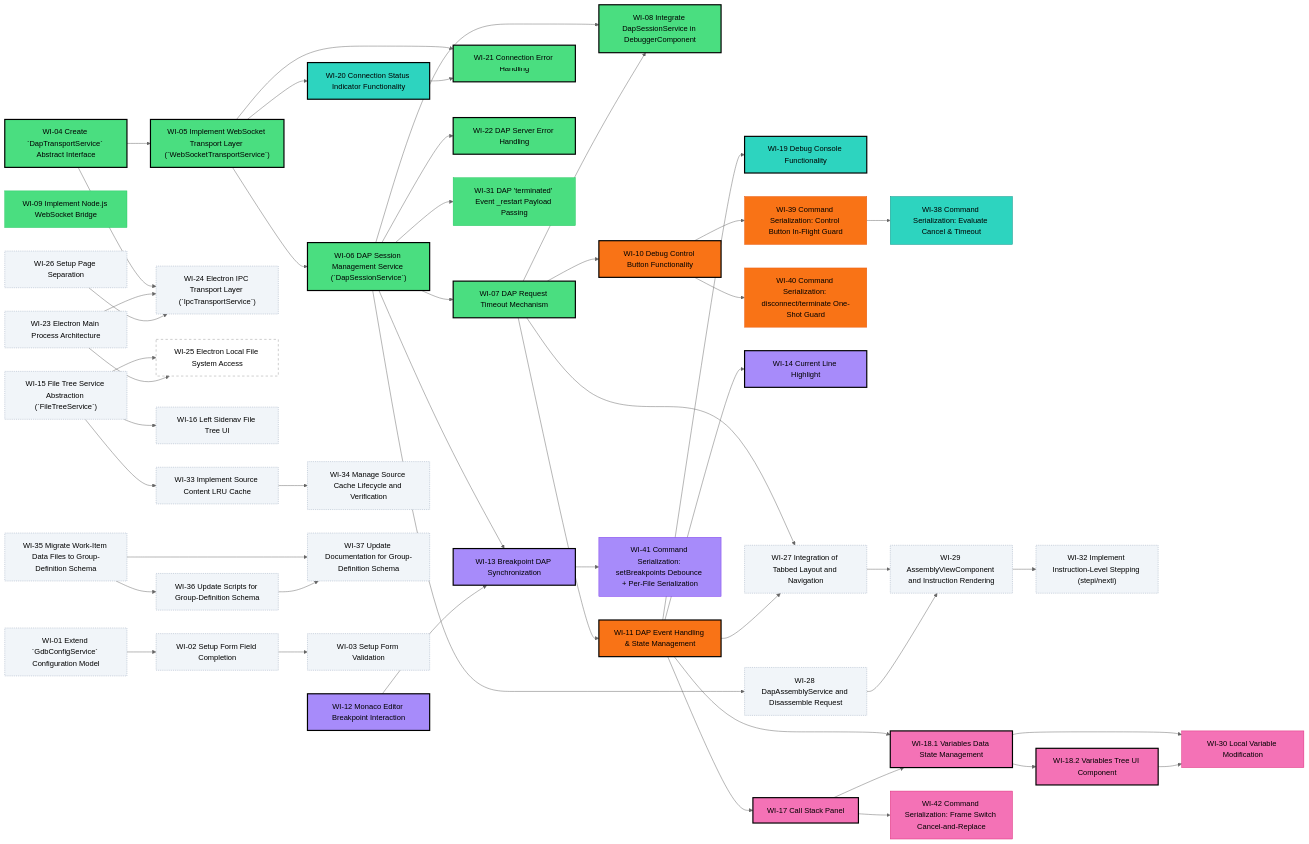
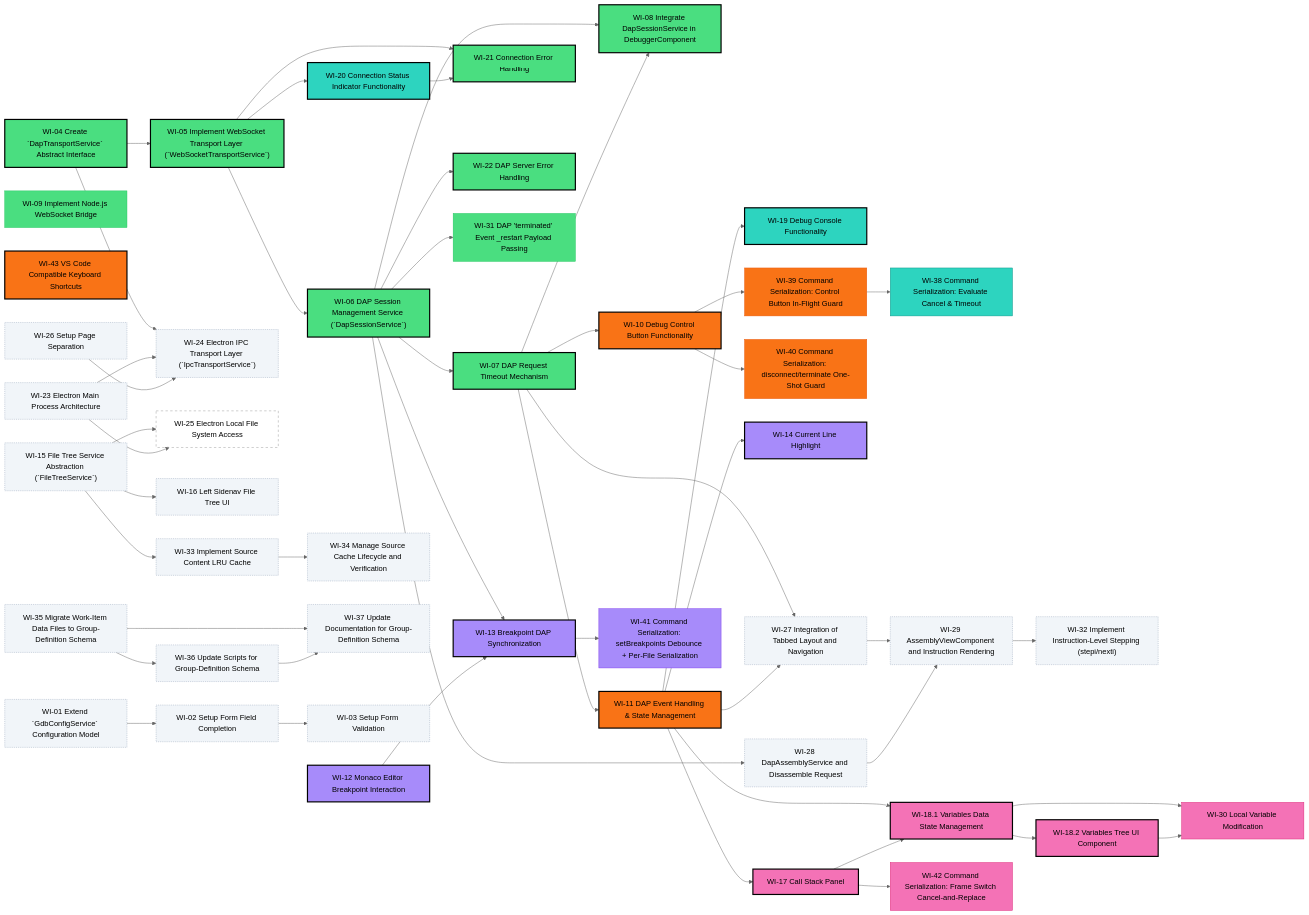
One commit to tangpo387-arch/taro-debugger changed the diagram in docs/project-roadmap.md. Above: the diagram before and after it, drawn with Mermaid (neutral theme). The commit also changed other lines of this file and 10 other files, not shown here.

```diff
--- a/docs/project-roadmap.md
+++ b/docs/project-roadmap.md
@@ -25,6 +25,7 @@
     WI_11["WI-11 DAP Event Handling & State Management"]
     WI_39["WI-39 Command Serialization: Control Button In-Flight Guard"]
     WI_40["WI-40 Command Serialization: disconnect/terminate One-Shot Guard"]
+    WI_43["WI-43 VS Code Compatible Keyboard Shortcuts"]
     WI_12["WI-12 Monaco Editor Breakpoint Interaction"]
     WI_13["WI-13 Breakpoint DAP Synchronization"]
     WI_14["WI-14 Current Line Highlight"]
@@ -115,6 +116,7 @@
     style WI_11 fill:#f97316,stroke:#000,stroke-width:2.5px
     style WI_39 fill:#f97316,stroke:#ea580c
     style WI_40 fill:#f97316,stroke:#ea580c
+    style WI_43 fill:#f97316,stroke:#000,stroke-width:2.5px
     style WI_12 fill:#a78bfa,stroke:#000,stroke-width:2.5px
     style WI_13 fill:#a78bfa,stroke:#000,stroke-width:2.5px
     style WI_14 fill:#a78bfa,stroke:#000,stroke-width:2.5px
```
